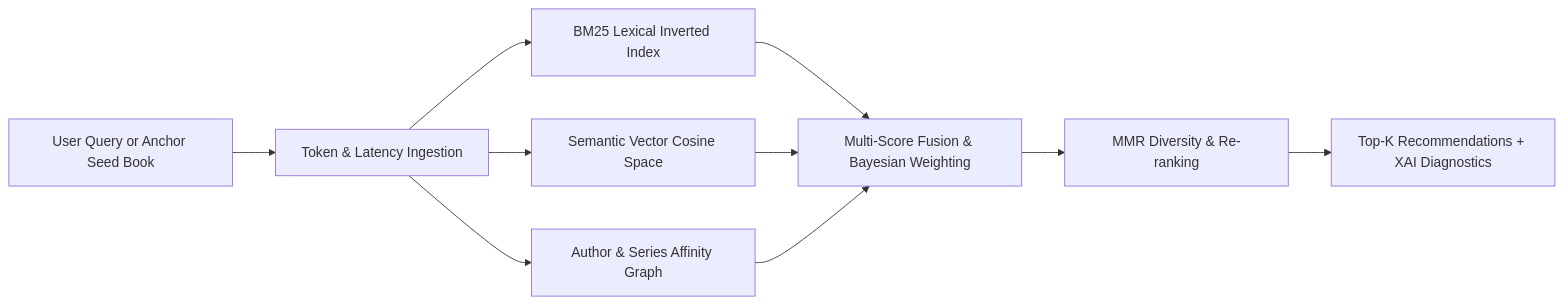
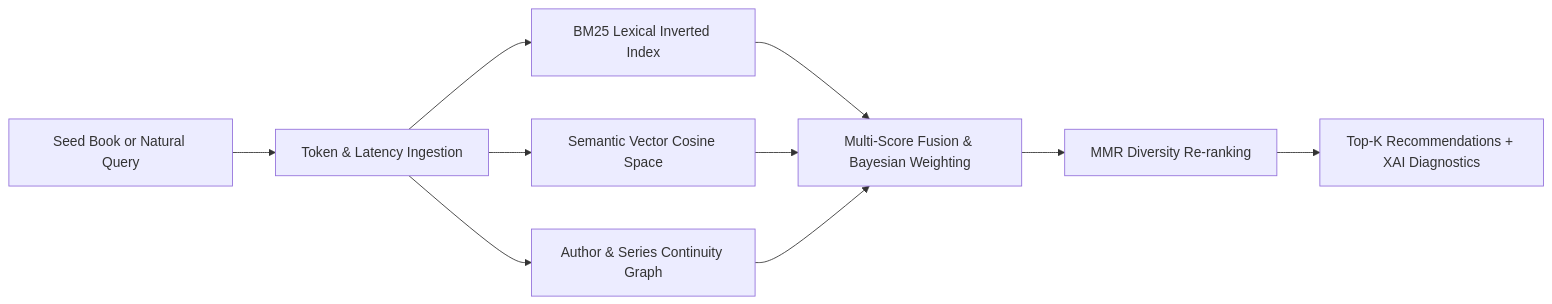
One commit to Goutam16-Withcode/Book-Recommondation-System changed the diagram in README.md. Above: the diagram before and after it, drawn with Mermaid. The commit also changed other lines of this file and 1 other file, not shown here.

````diff
--- a/README.md
+++ b/README.md
@@ -16,12 +15,12 @@
 ```mermaid
 flowchart LR
-    A[User Query or Anchor Seed Book] --> B[Token & Latency Ingestion]
+    A[Seed Book or Natural Query] --> B[Token & Latency Ingestion]
     B --> C[BM25 Lexical Inverted Index]
     B --> D[Semantic Vector Cosine Space]
-    B --> E[Author & Series Affinity Graph]
+    B --> E[Author & Series Continuity Graph]
     C --> F[Multi-Score Fusion & Bayesian Weighting]
     D --> F
     E --> F
-    F --> G[MMR Diversity & Re-ranking]
+    F --> G[MMR Diversity Re-ranking]
     G --> H[Top-K Recommendations + XAI Diagnostics]
 ```
````
